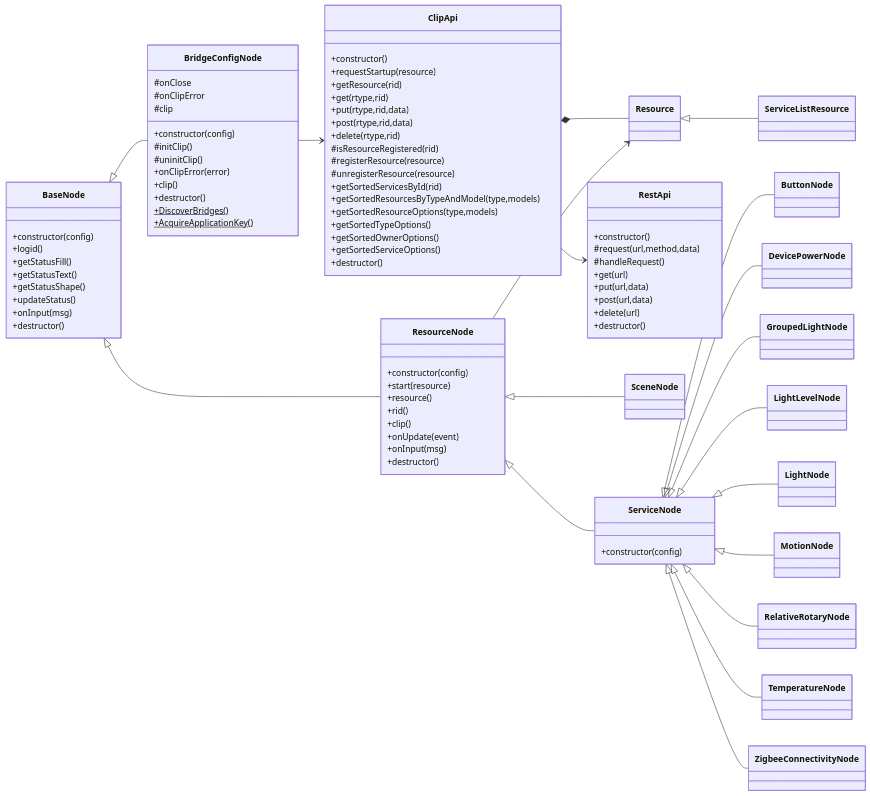
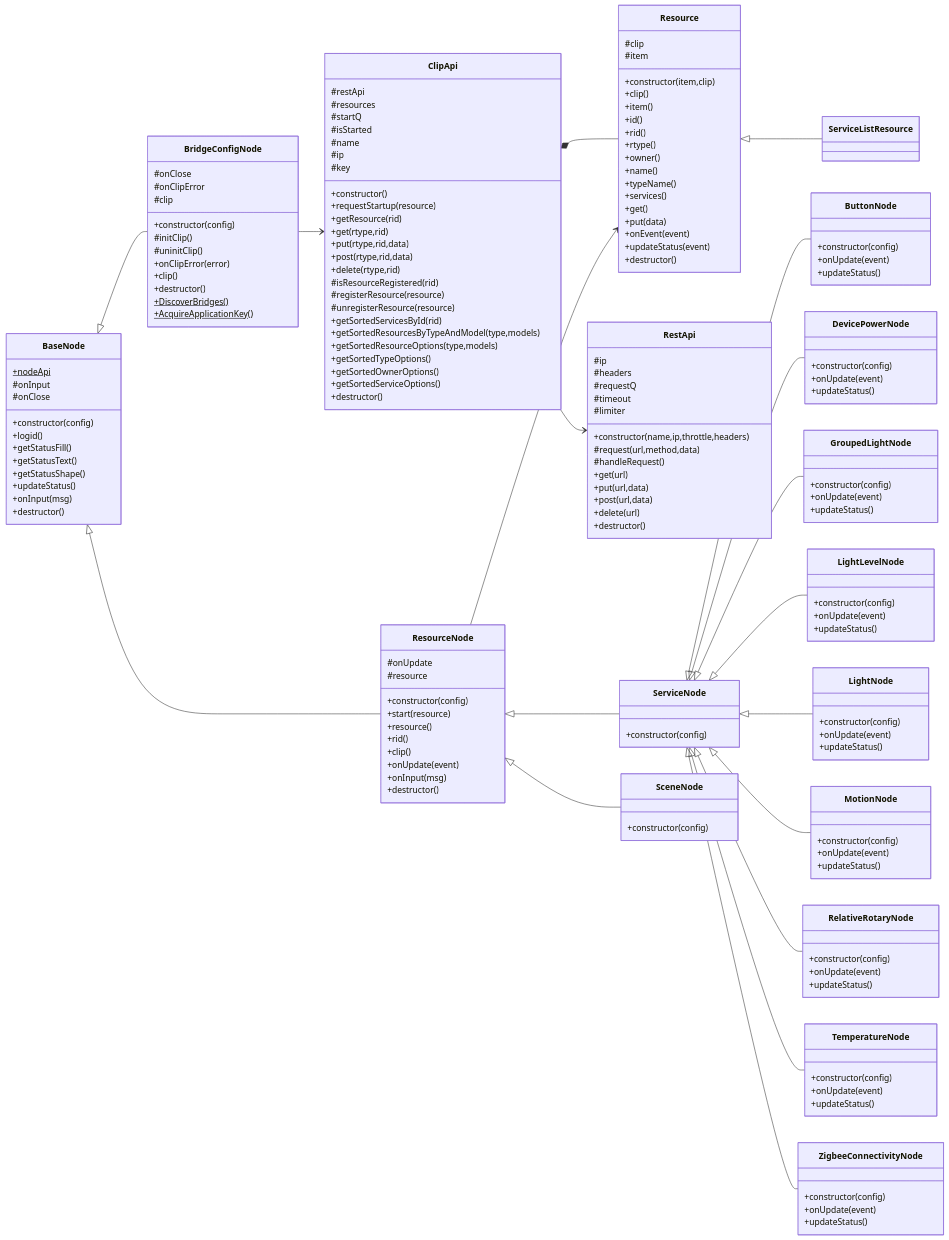
The third of 3 diagrams in README.md (hurenkam/node-red-hue-services), drawn with Mermaid before and after one commit. The commit also changed other lines of this file, not shown here.

```diff
--- a/README.md
+++ b/README.md
@@ -91,6 +89,10 @@
 classDiagram
 
 class BaseNode {
+    +nodeApi$
+    #onInput
+    #onClose
+    
     +constructor(config)
     +logid()
     +getStatusFill()
@@ -102,6 +104,9 @@
 }
 
 class ResourceNode {
+    #onUpdate
+    #resource
+    
     +constructor(config)
     +start(resource)
     +resource()
@@ -133,6 +138,14 @@
 }
 
 class ClipApi {
+    #restApi
+    #resources
+    #startQ
+    #isStarted
+    #name
+    #ip
+    #key
+    
     +constructor()
     +requestStartup(resource)
     +getResource(rid)
@@ -153,7 +166,13 @@
 }
 
 class RestApi {
-    +constructor()
+    #ip
+    #headers
+    #requestQ
+    #timeout
+    #limiter
+    
+    +constructor(name,ip,throttle,headers)
     #request(url,method,data)
     #handleRequest()
     +get(url)
@@ -161,6 +180,85 @@
     +post(url,data)
     +delete(url)
     +destructor()
+}
+
+class Resource {
+    #clip
+    #item
+    
+    +constructor(item,clip)
+    +clip()
+    +item()
+    +id()
+    +rid()
+    +rtype()
+    +owner()
+    +name()
+    +typeName()
+    +services()
+    +get()
+    +put(data)
+    +onEvent(event)
+    +updateStatus(event)
+    +destructor()
+}
+
+class ButtonNode {
+    +constructor(config)
+    +onUpdate(event)
+    +updateStatus()
+}
+
+class DevicePowerNode {
+    +constructor(config)
+    +onUpdate(event)
+    +updateStatus()
+}
+
+class GroupedLightNode {
+    +constructor(config)
+    +onUpdate(event)
+    +updateStatus()
+}
+
+class LightLevelNode {
+    +constructor(config)
+    +onUpdate(event)
+    +updateStatus()
+}
+
+class LightNode {
+    +constructor(config)
+    +onUpdate(event)
+    +updateStatus()
+}
+
+class MotionNode {
+    +constructor(config)
+    +onUpdate(event)
+    +updateStatus()
+}
+
+class RelativeRotaryNode {
+    +constructor(config)
+    +onUpdate(event)
+    +updateStatus()
+}
+
+class SceneNode {
+    +constructor(config)
+}
+
+class TemperatureNode {
+    +constructor(config)
+    +onUpdate(event)
+    +updateStatus()
+}
+
+class ZigbeeConnectivityNode {
+    +constructor(config)
+    +onUpdate(event)
+    +updateStatus()
 }
 
 direction LR
```
